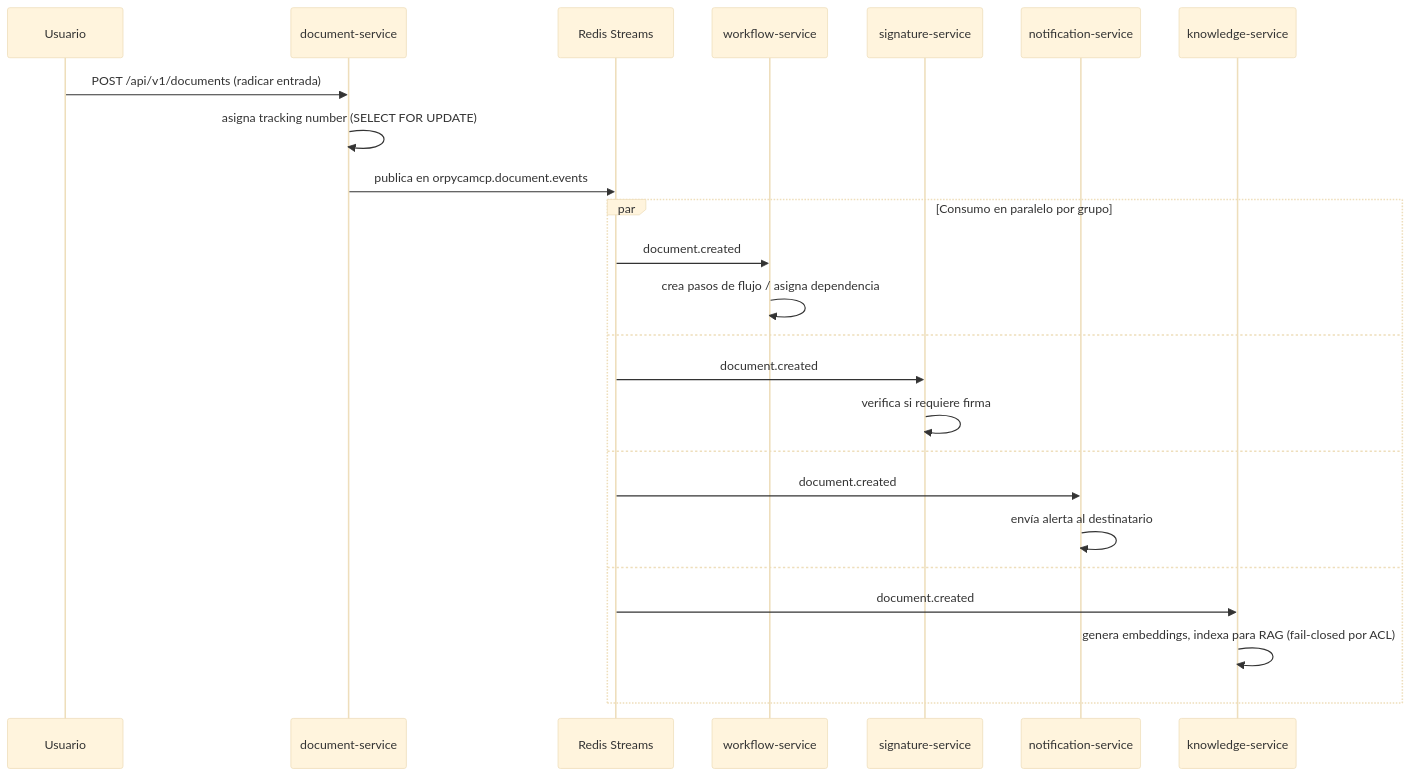
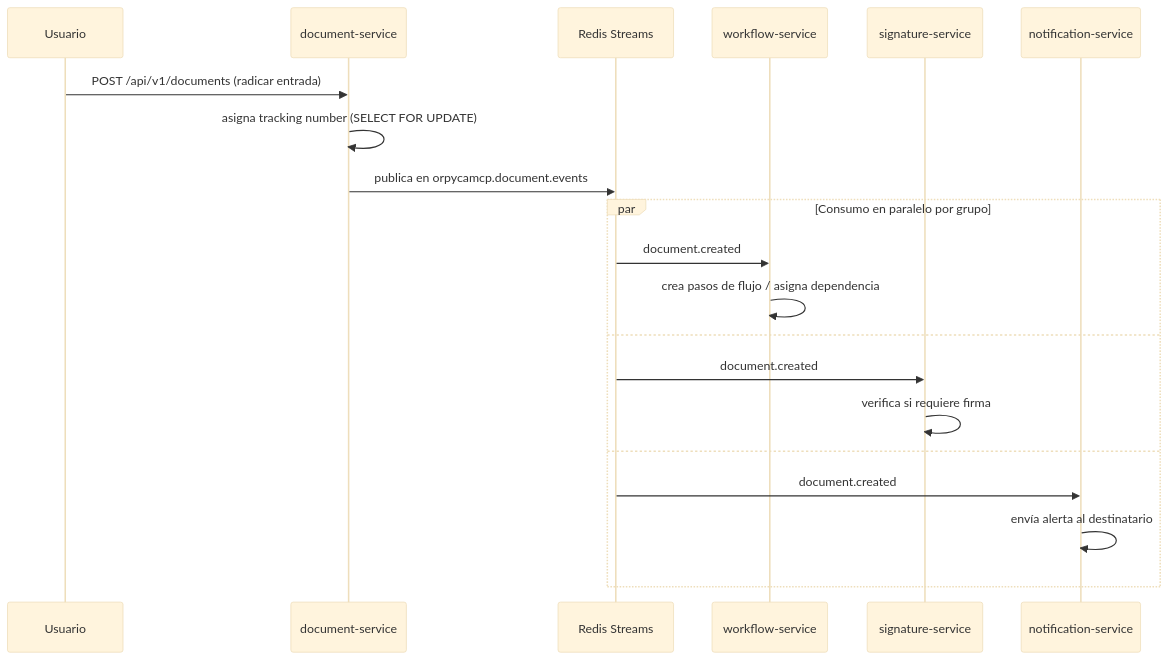
Before and after one commit to camilo1rp/docuboto: the third of 5 diagrams in docs/es/architecture.md, drawn with Mermaid (base theme). The commit also changed other lines of this file and 240 other files, not shown here.

````diff
--- a/docs/es/architecture.md
+++ b/docs/es/architecture.md
@@ -280,27 +248,23 @@
 ```mermaid
 sequenceDiagram
     participant U as Usuario
     participant DOC as document-service
     participant R as Redis Streams
     participant WF as workflow-service
     participant SIG as signature-service
     participant NOT as notification-service
-    participant KNO as knowledge-service
 
     U->>DOC: POST /api/v1/documents (radicar entrada)
     DOC->>DOC: asigna tracking number (SELECT FOR UPDATE)
     DOC->>R: publica en orpycamcp.document.events
     par Consumo en paralelo por grupo
         R->>WF: document.created
         WF->>WF: crea pasos de flujo / asigna dependencia
     and
         R->>SIG: document.created
         SIG->>SIG: verifica si requiere firma
     and
         R->>NOT: document.created
         NOT->>NOT: envía alerta al destinatario
-    and
-        R->>KNO: document.created
-        KNO->>KNO: genera embeddings, indexa para RAG (fail-closed por ACL)
     end
 ```
````
